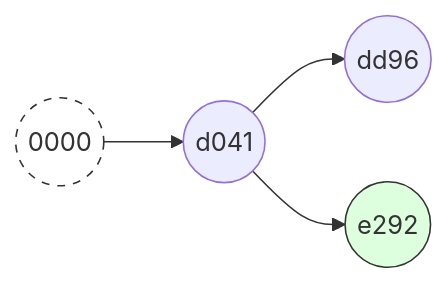
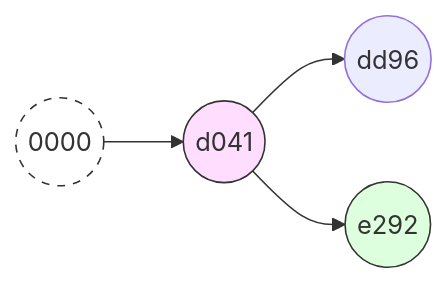
Before and after one commit to sugitlab/git_workshop_slidev: diagram 23 of 36 in slides.md, drawn with Mermaid. The commit also changed other lines of this file, not shown here.

````diff
--- a/slides.md
+++ b/slides.md
@@ -1679,11 +1681,12 @@
 ```mermaid
 graph LR
   c01((0000))
   c02((d041))
   c03((dd96))
   d03((e292))
   style c01 fill:#fff,stroke:#333,stroke-width:1px,stroke-dasharray: 5 5
+  style c02 fill:#fdf,stroke:#333,stroke-width:1px
   style d03 fill:#dfd,stroke:#333,stroke-width:1px
   c01 --> c02 --> c03
   c02 --> d03
 ```
````
